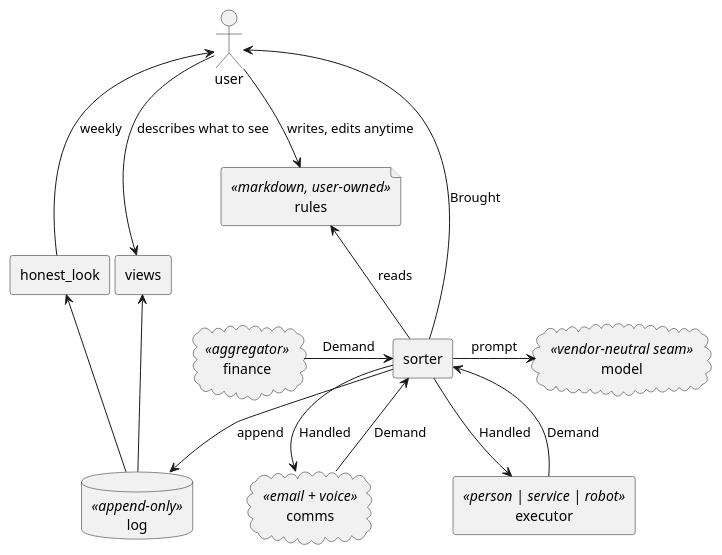
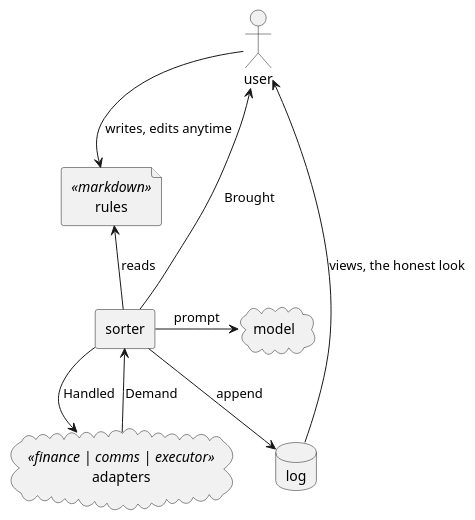
The first of 2 diagrams in readme.md (otium-hq/otium), drawn with PlantUML before and after one commit. The commit also changed other lines of this file and 2 other files, not shown here.

````diff
--- a/readme.md
+++ b/readme.md
@@ -44,34 +18,17 @@
 ```plantuml
 actor user
-
-file rules <<markdown, user-owned>>
-database log <<append-only>>
-
+file rules <<markdown>>
+database log
 rectangle sorter
-rectangle honest_look
-rectangle views
-
-cloud model <<vendor-neutral seam>>
-cloud finance <<aggregator>>
-cloud comms <<email + voice>>
-rectangle executor <<person | service | robot>>
+cloud model
+cloud adapters <<finance | comms | executor>>
 
 user -d-> rules : writes, edits anytime
-user -d-> views : describes what to see
-
-finance -r-> sorter : Demand
-comms -r-> sorter : Demand
-executor -r-> sorter : Demand
-
+adapters -r-> sorter : Demand
 sorter -u-> rules : reads
 sorter -r-> model : prompt
 sorter -d-> log : append
-
 sorter -u-> user : Brought
-sorter -d-> comms : Handled
-sorter -d-> executor : Handled
-
-log -u-> views
-log -u-> honest_look
-honest_look -u-> user : weekly
+sorter -d-> adapters : Handled
+log -u-> user : views, the honest look
 ```
````
